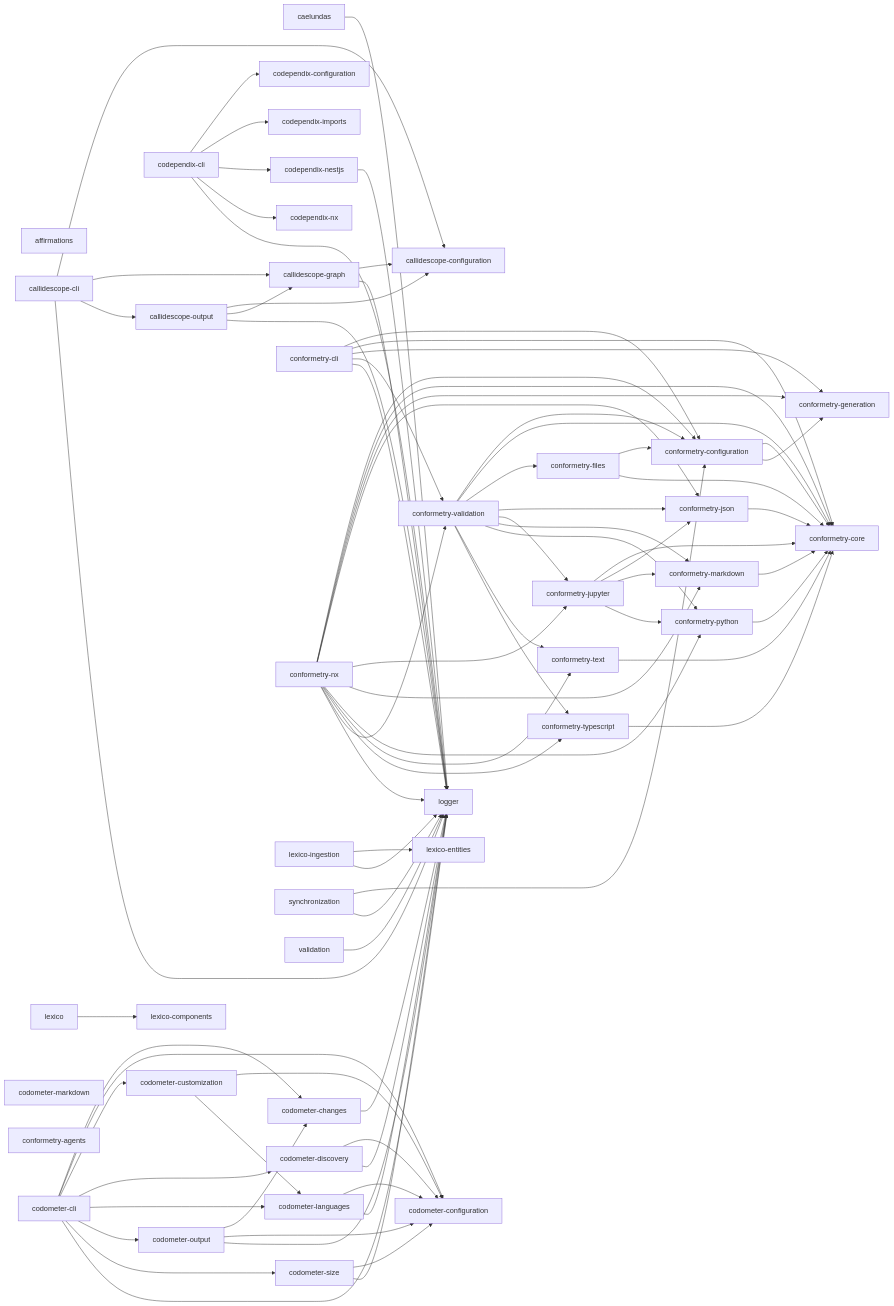
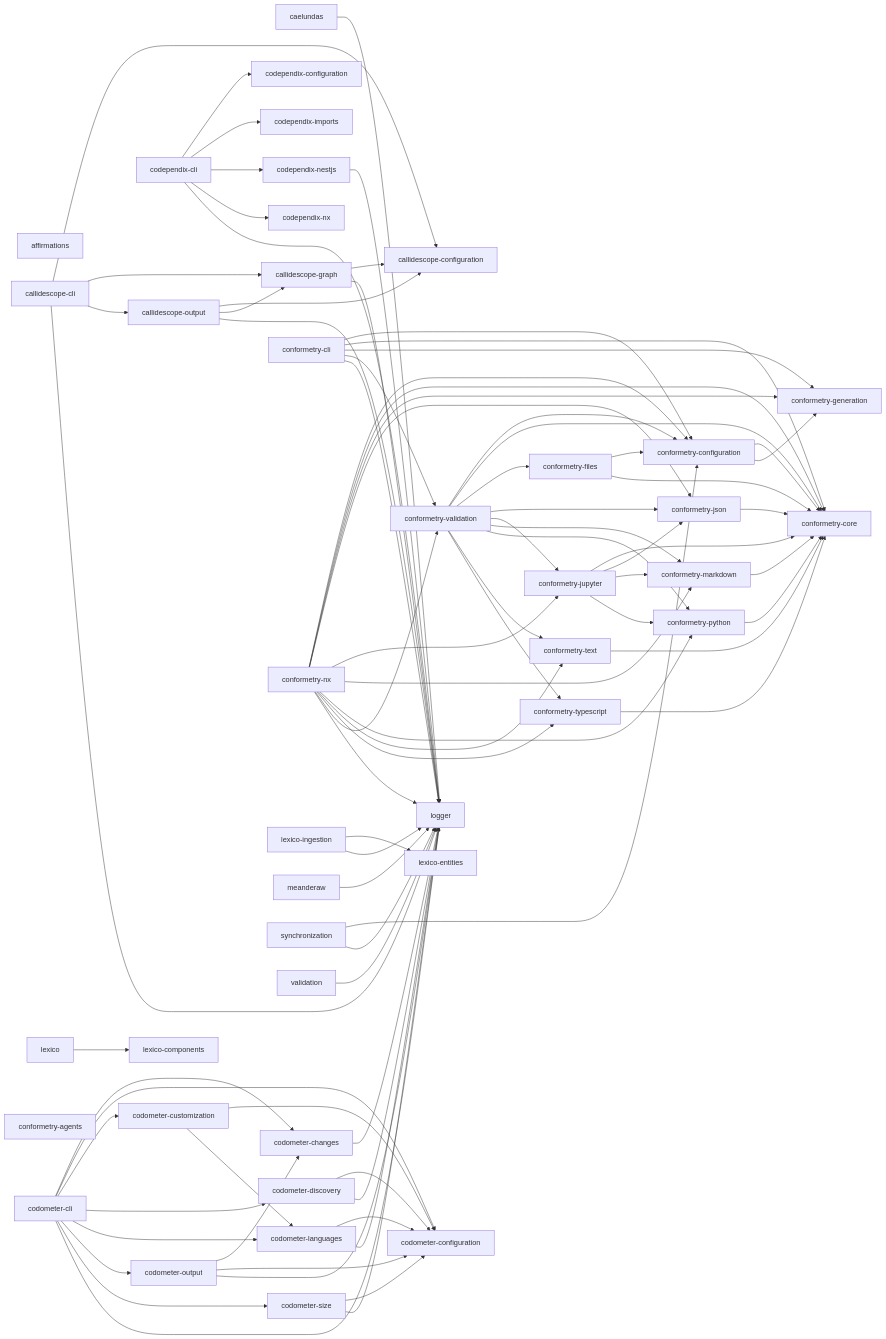
One commit to JimmyPaolini/codebase changed the diagram in README.md. Above: the diagram before and after it, drawn with Mermaid. The commit also changed 6 other files, not shown here.

Commit message:
fix(codometer): 🐛 delete the stale codometer-markdown package stub

```diff
--- a/README.md
+++ b/README.md
@@ -149,7 +149,6 @@
   codometer_customization["codometer-customization"]
   codometer_discovery["codometer-discovery"]
   codometer_languages["codometer-languages"]
-  codometer_markdown["codometer-markdown"]
   codometer_output["codometer-output"]
   codometer_size["codometer-size"]
   conformetry_agents["conformetry-agents"]
@@ -171,6 +170,7 @@
   lexico_entities["lexico-entities"]
   lexico_ingestion["lexico-ingestion"]
   logger["logger"]
+  meanderaw["meanderaw"]
   synchronization["synchronization"]
   validation["validation"]
   caelundas --> logger
@@ -250,6 +250,7 @@
   lexico --> lexico_components
   lexico_ingestion --> lexico_entities
   lexico_ingestion --> logger
+  meanderaw --> logger
   synchronization --> conformetry_configuration
   synchronization --> logger
   validation --> logger
```
